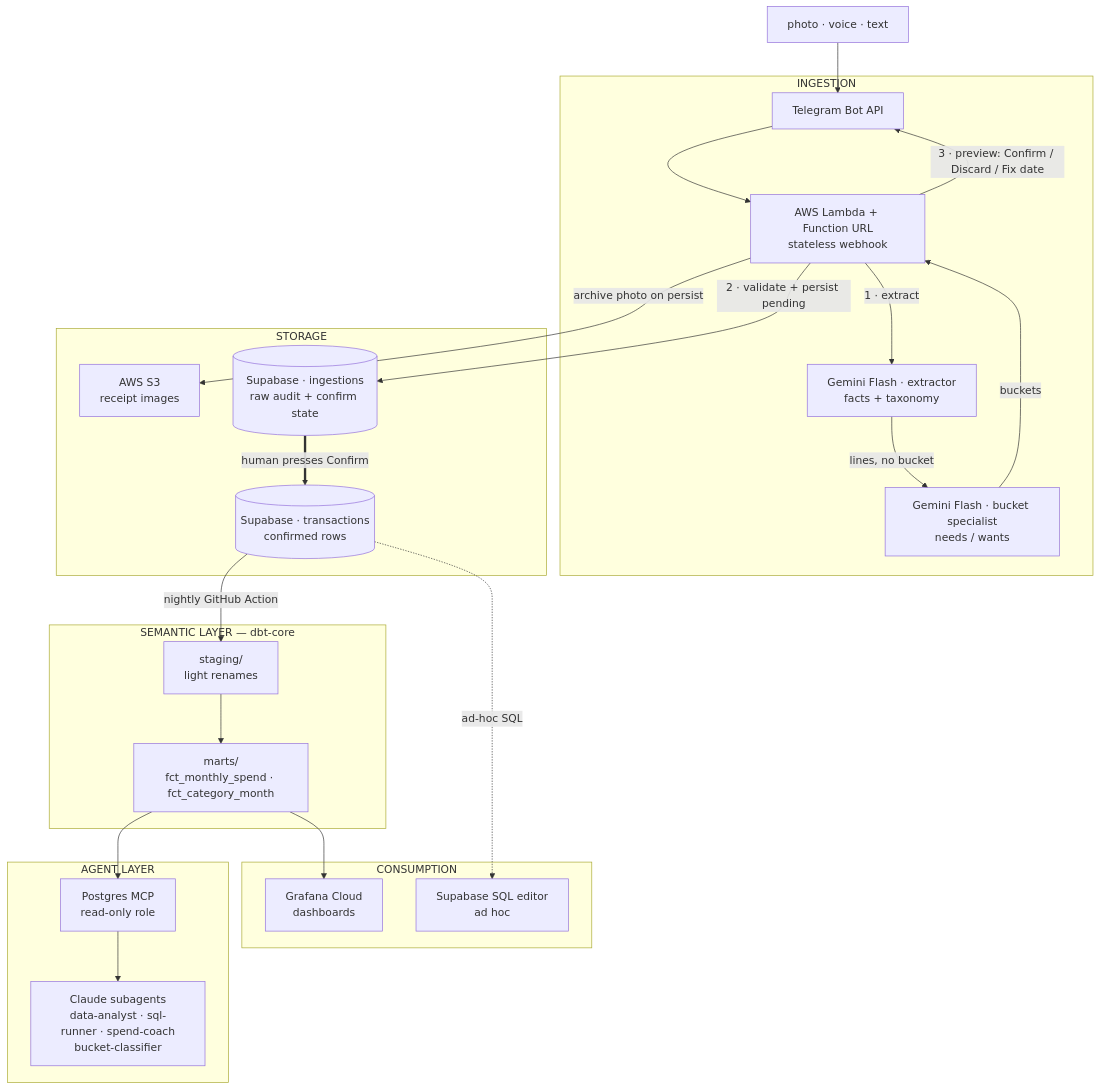
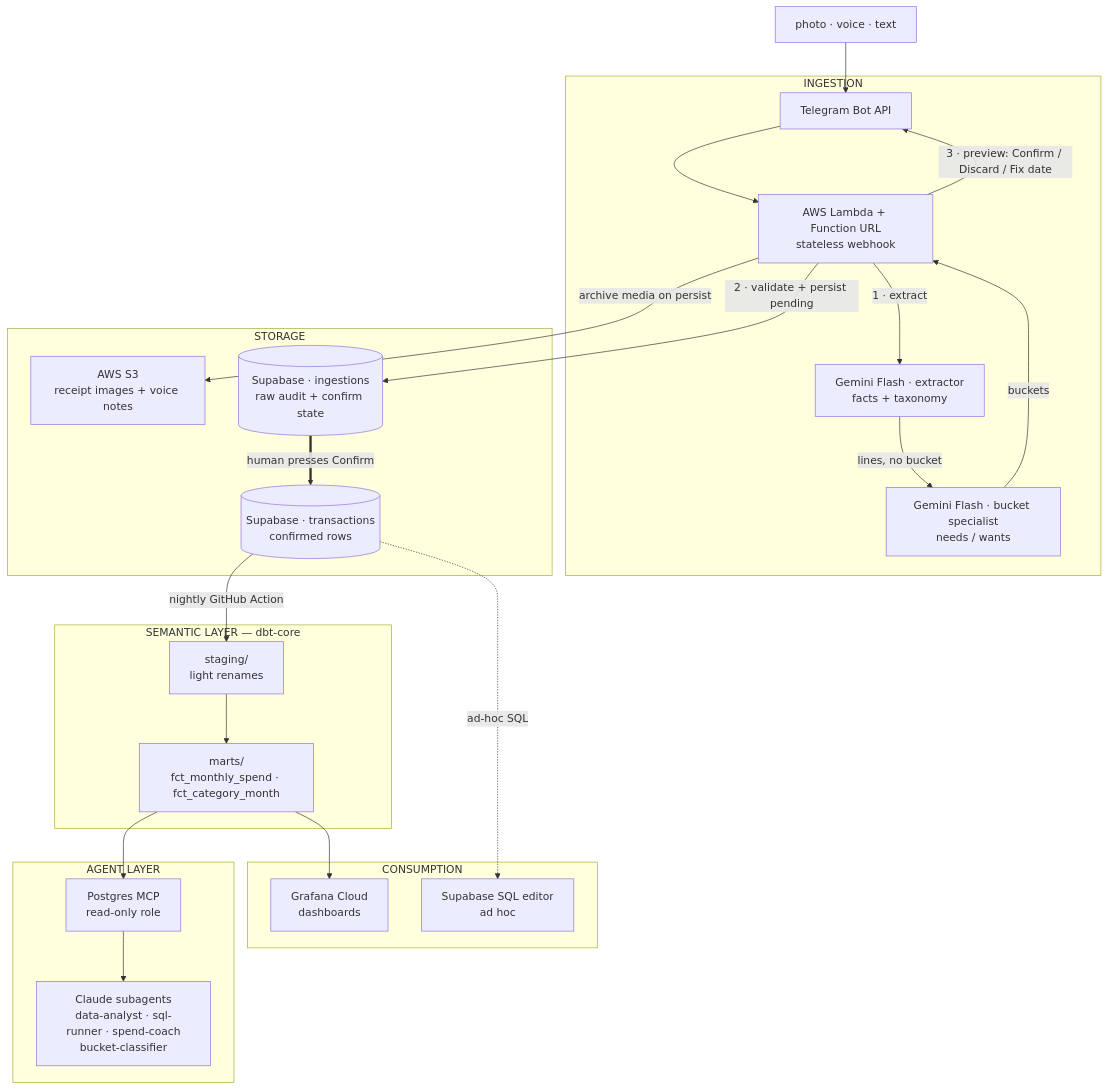
The diagram in docs/ARCHITECTURE.md (rafachan3/finflow), drawn with Mermaid before and after one commit. The commit also changed other lines of this file and 3 other files, not shown here.

````diff
--- a/docs/ARCHITECTURE.md
+++ b/docs/ARCHITECTURE.md
@@ -5,47 +5,47 @@
 ```mermaid
 flowchart TD
     SRC["photo · voice · text"]
 
     subgraph ING["INGESTION"]
         TG["Telegram Bot API"]
         LM["AWS Lambda + Function URL<br/>stateless webhook"]
         EX["Gemini Flash · extractor<br/>facts + taxonomy"]
         BK["Gemini Flash · bucket specialist<br/>needs / wants"]
     end
 
     subgraph STO["STORAGE"]
-        S3["AWS S3<br/>receipt images"]
+        S3["AWS S3<br/>receipt images + voice notes"]
         RAW[("Supabase · ingestions<br/>raw audit + confirm state")]
         TX[("Supabase · transactions<br/>confirmed rows")]
     end
 
     subgraph SEM["SEMANTIC LAYER — dbt-core"]
         STG["staging/<br/>light renames"]
         MRT["marts/<br/>fct_monthly_spend · fct_category_month"]
     end
 
     subgraph OUT["CONSUMPTION"]
         GRF["Grafana Cloud<br/>dashboards"]
         SQL["Supabase SQL editor<br/>ad hoc"]
     end
 
     subgraph AGT["AGENT LAYER"]
         MCP["Postgres MCP<br/>read-only role"]
         SUB["Claude subagents<br/>data-analyst · sql-runner · spend-coach<br/>bucket-classifier"]
     end
 
     SRC --> TG --> LM
     LM -->|"1 · extract"| EX
     EX -->|"lines, no bucket"| BK
     BK -->|"buckets"| LM
     LM -->|"2 · validate + persist pending"| RAW
-    LM -->|"archive photo on persist"| S3
+    LM -->|"archive media on persist"| S3
     LM -->|"3 · preview: Confirm / Discard / Fix date"| TG
     RAW ==>|"human presses Confirm"| TX
     TX -->|"nightly GitHub Action"| STG
     STG --> MRT
     MRT --> GRF
     MRT --> MCP
     MCP --> SUB
     TX -.->|"ad-hoc SQL"| SQL
 ```
````
